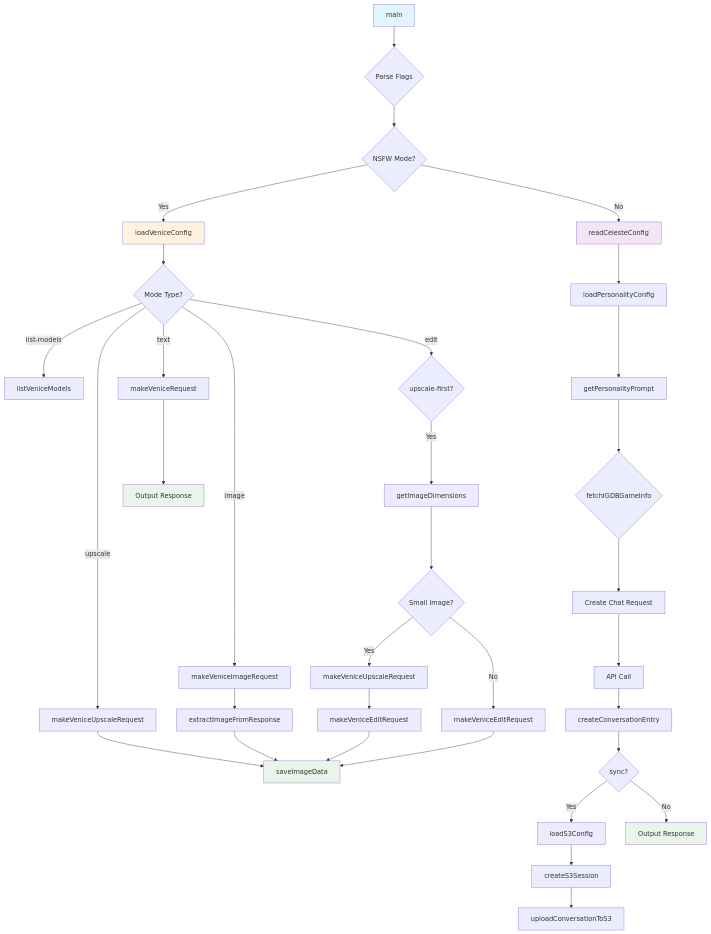
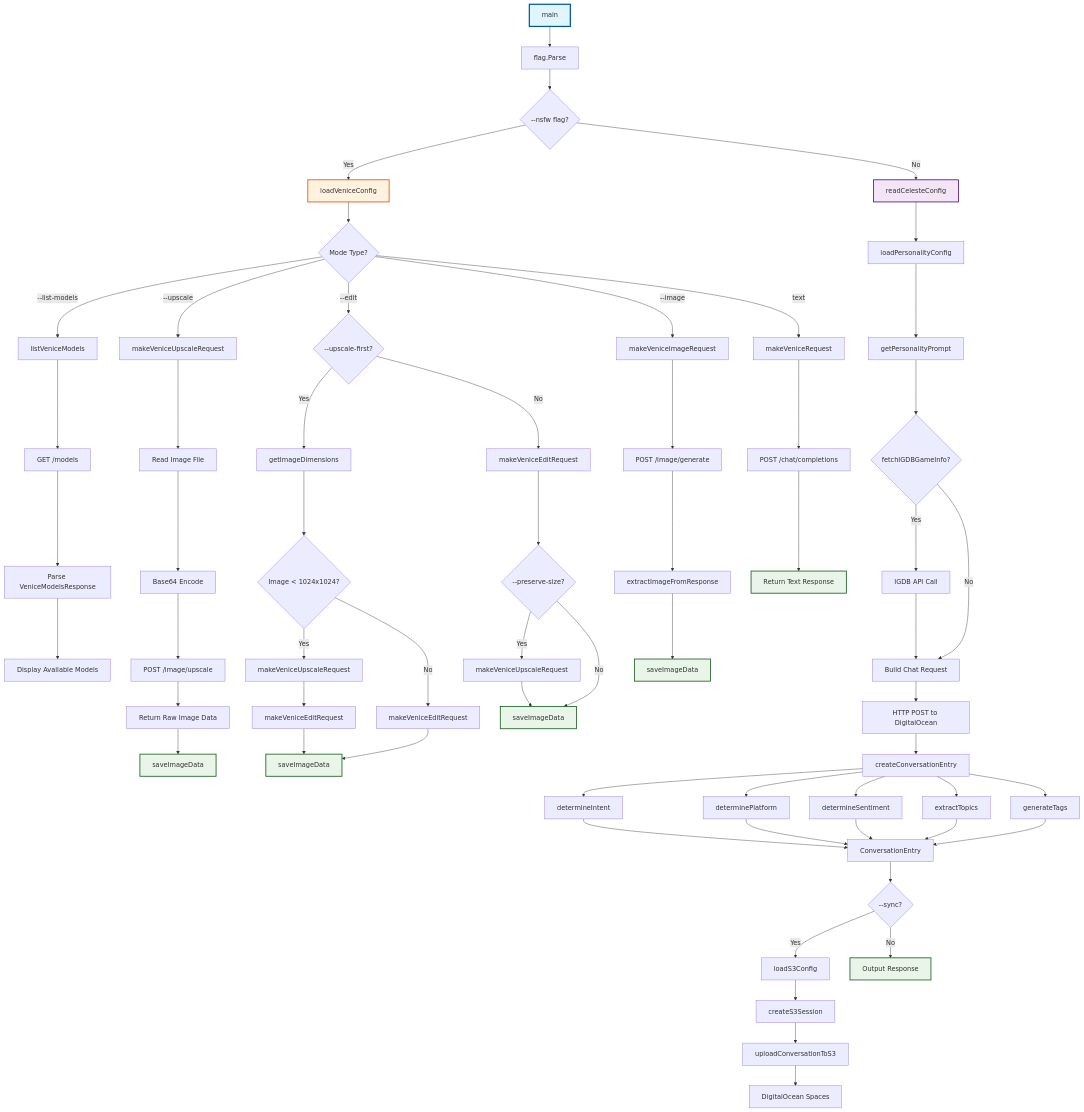
One commit to whykusanagi/celesteCLI changed the fourth of 5 diagrams in README.md. Above: the diagram before and after it, drawn with Mermaid. The commit also changed other lines of this file, not shown here.

First line of the commit message:
Enhance Mermaid diagrams with detailed function calls

````diff
--- a/README.md
+++ b/README.md
@@ -234,47 +342,80 @@
 ```mermaid
 graph TD
-    A[main] --> B{Parse Flags}
-    B --> C{NSFW Mode?}
+    A[main] --> B[flag.Parse]
+    B --> C{--nsfw flag?}
     
     C -->|Yes| D[loadVeniceConfig]
     D --> E{Mode Type?}
     
-    E -->|list-models| F[listVeniceModels]
-    E -->|upscale| G[makeVeniceUpscaleRequest]
-    E -->|edit| H{upscale-first?}
-    E -->|image| I[makeVeniceImageRequest]
-    E -->|text| J[makeVeniceRequest]
+    E -->|--list-models| F[listVeniceModels]
+    F --> F1[GET /models]
+    F1 --> F2[Parse VeniceModelsResponse]
+    F2 --> F3[Display Available Models]
     
-    H -->|Yes| K[getImageDimensions]
-    K --> L{Small Image?}
-    L -->|Yes| M[makeVeniceUpscaleRequest]
-    M --> N[makeVeniceEditRequest]
-    L -->|No| O[makeVeniceEditRequest]
+    E -->|--upscale| G[makeVeniceUpscaleRequest]
+    G --> G1[Read Image File]
+    G1 --> G2[Base64 Encode]
+    G2 --> G3[POST /image/upscale]
+    G3 --> G4[Return Raw Image Data]
+    G4 --> G5[saveImageData]
     
-    G --> P[saveImageData]
-    I --> Q[extractImageFromResponse]
-    Q --> P
-    N --> P
-    O --> P
-    J --> R[Output Response]
+    E -->|--edit| H{--upscale-first?}
+    H -->|Yes| I[getImageDimensions]
+    I --> J{Image < 1024x1024?}
+    J -->|Yes| K[makeVeniceUpscaleRequest]
+    K --> L[makeVeniceEditRequest]
+    J -->|No| M[makeVeniceEditRequest]
+    L --> N[saveImageData]
+    M --> N
     
-    C -->|No| S[readCelesteConfig]
-    S --> T[loadPersonalityConfig]
-    T --> U[getPersonalityPrompt]
-    U --> V{fetchIGDBGameInfo}
-    V --> W[Create Chat Request]
-    W --> X[API Call]
-    X --> Y[createConversationEntry]
-    Y --> Z{sync?}
-    Z -->|Yes| AA[loadS3Config]
-    AA --> BB[createS3Session]
-    BB --> CC[uploadConversationToS3]
-    Z -->|No| DD[Output Response]
+    H -->|No| O[makeVeniceEditRequest]
+    O --> P{--preserve-size?}
+    P -->|Yes| Q[makeVeniceUpscaleRequest]
+    P -->|No| R[saveImageData]
+    Q --> R
     
-    style A fill:#e1f5fe
-    style D fill:#fff3e0
-    style S fill:#f3e5f5
-    style P fill:#e8f5e8
-    style R fill:#e8f5e8
-    style DD fill:#e8f5e8
+    E -->|--image| S[makeVeniceImageRequest]
+    S --> S1[POST /image/generate]
+    S1 --> S2[extractImageFromResponse]
+    S2 --> S3[saveImageData]
+    
+    E -->|text| T[makeVeniceRequest]
+    T --> T1[POST /chat/completions]
+    T1 --> T2[Return Text Response]
+    
+    C -->|No| U[readCelesteConfig]
+    U --> V[loadPersonalityConfig]
+    V --> W[getPersonalityPrompt]
+    W --> X{fetchIGDBGameInfo?}
+    X -->|Yes| Y[IGDB API Call]
+    X -->|No| Z[Build Chat Request]
+    Y --> Z
+    Z --> AA[HTTP POST to DigitalOcean]
+    AA --> BB[createConversationEntry]
+    BB --> CC[determineIntent]
+    BB --> DD[determinePlatform]
+    BB --> EE[determineSentiment]
+    BB --> FF[extractTopics]
+    BB --> GG[generateTags]
+    CC --> HH[ConversationEntry]
+    DD --> HH
+    EE --> HH
+    FF --> HH
+    GG --> HH
+    HH --> II{--sync?}
+    II -->|Yes| JJ[loadS3Config]
+    JJ --> KK[createS3Session]
+    KK --> LL[uploadConversationToS3]
+    LL --> MM[DigitalOcean Spaces]
+    II -->|No| NN[Output Response]
+    
+    style A fill:#e1f5fe,stroke:#01579b,stroke-width:3px
+    style D fill:#fff3e0,stroke:#e65100,stroke-width:2px
+    style U fill:#f3e5f5,stroke:#4a148c,stroke-width:2px
+    style G5 fill:#e8f5e8,stroke:#1b5e20,stroke-width:2px
+    style S3 fill:#e8f5e8,stroke:#1b5e20,stroke-width:2px
+    style N fill:#e8f5e8,stroke:#1b5e20,stroke-width:2px
+    style R fill:#e8f5e8,stroke:#1b5e20,stroke-width:2px
+    style T2 fill:#e8f5e8,stroke:#1b5e20,stroke-width:2px
+    style NN fill:#e8f5e8,stroke:#1b5e20,stroke-width:2px
 ```
````
